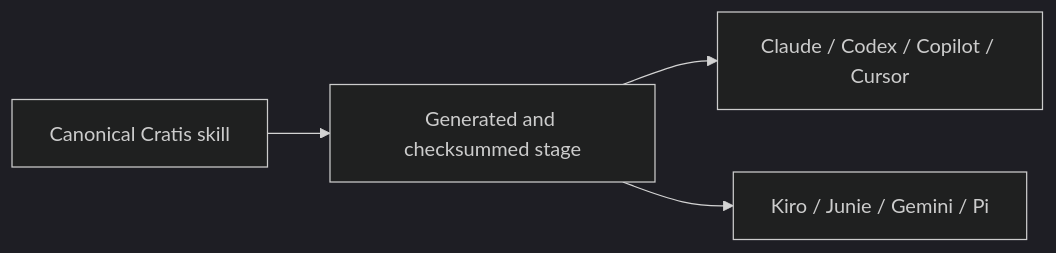
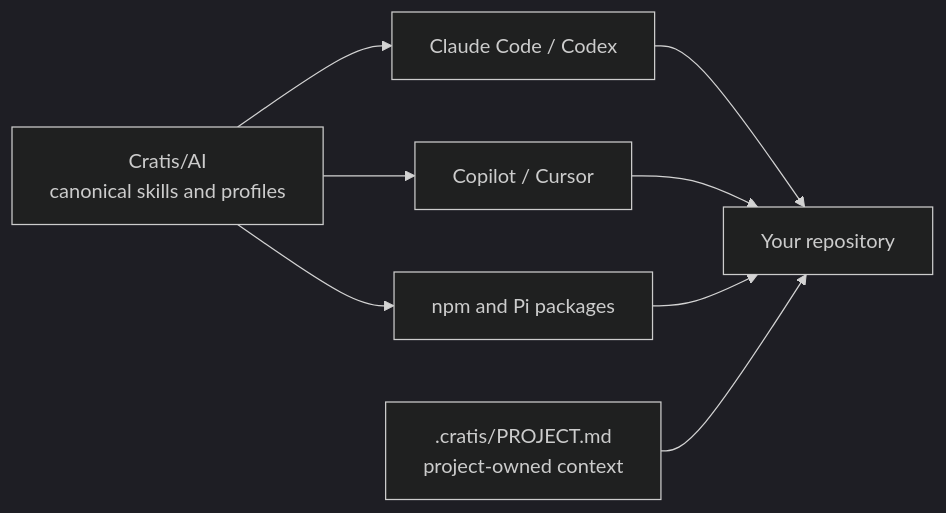
The diagram in web/src/content/docs/plugins.mdx (Cratis/Documentation), drawn with Mermaid (dark theme) before and after one commit. The commit also changed other lines of this file and 6 other files, not shown here.

````diff
--- a/web/src/content/docs/plugins.mdx
+++ b/web/src/content/docs/plugins.mdx
@@ -22,6 +22,10 @@
 ```mermaid
 flowchart LR
-    A[Canonical Cratis skill] --> G[Generated and checksummed stage]
-    G --> C[Claude / Codex / Copilot / Cursor]
-    G --> K[Kiro / Junie / Gemini / Pi]
+    A[Cratis/AI<br/>canonical skills and profiles] --> C[Claude Code / Codex]
+    A --> K[Copilot / Cursor]
+    A --> N[npm and Pi packages]
+    C --> P[Your repository]
+    K --> P
+    N --> P
+    X[.cratis/PROJECT.md<br/>project-owned context] --> P
 ```
````
